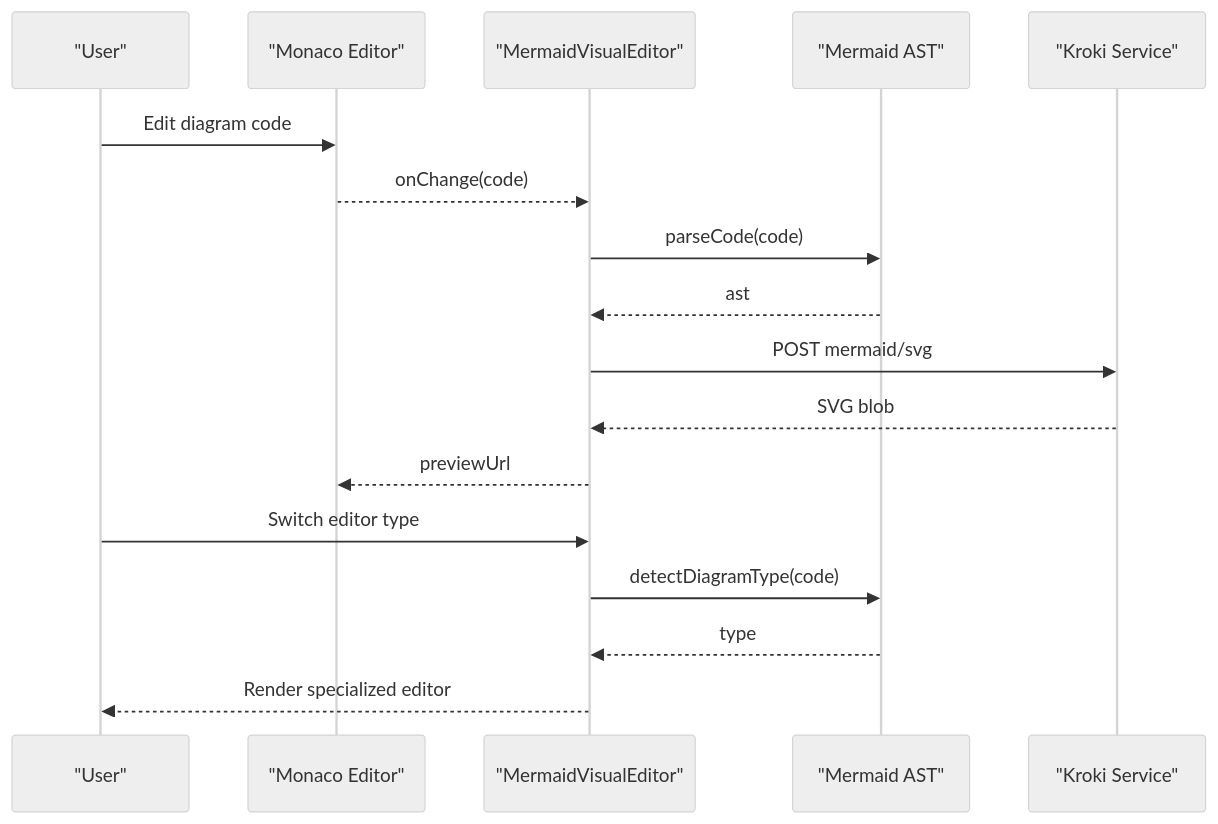
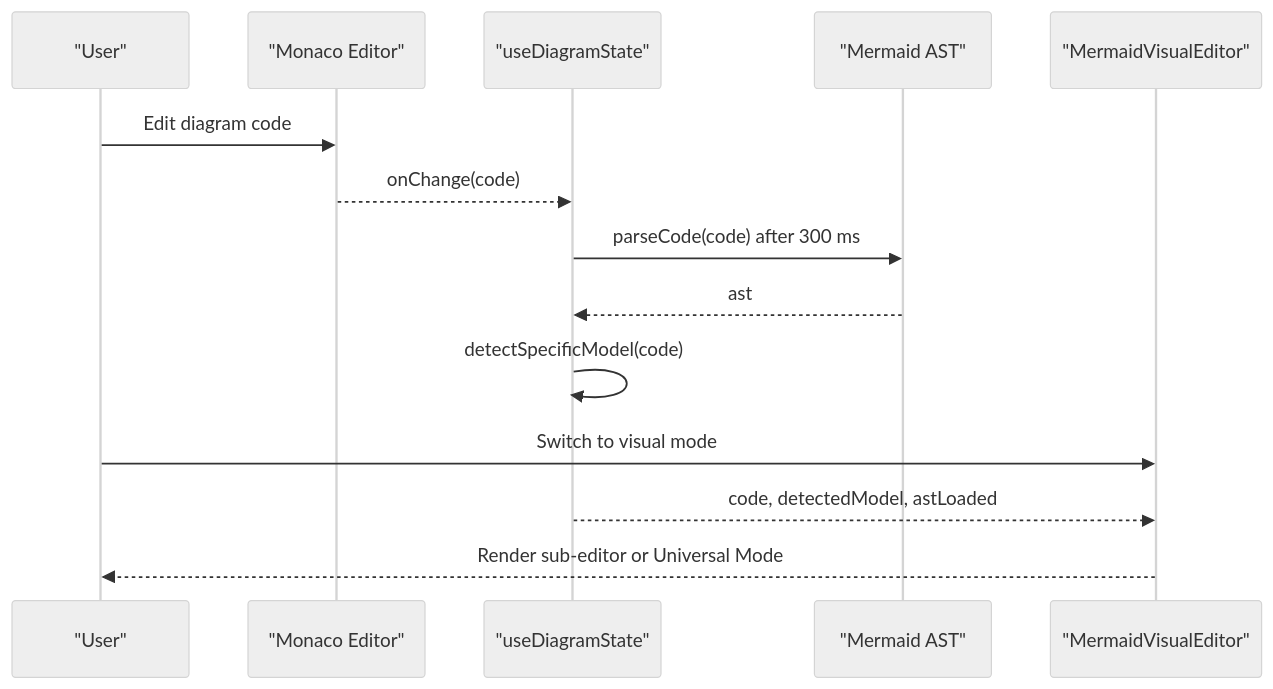
The second of 7 diagrams in .qoder/repowiki/en/content/Diagram Types and Formats/Diagram Types and Formats.md (ongchonghian/universal-diagram-editor), drawn with Mermaid (neutral theme) before and after one commit. The commit also changed other lines of this file and 31 other files, not shown here.

````diff
--- a/.qoder/repowiki/en/content/Diagram Types and Formats/Diagram Types and Formats.md
+++ b/.qoder/repowiki/en/content/Diagram Types and Formats/Diagram Types and Formats.md
@@ -112,19 +105,16 @@
 ```mermaid
 sequenceDiagram
 participant User as "User"
 participant Monaco as "Monaco Editor"
+participant State as "useDiagramState"
+participant AST as "Mermaid AST"
 participant Router as "MermaidVisualEditor"
-participant AST as "Mermaid AST"
-participant Kroki as "Kroki Service"
 User->>Monaco : Edit diagram code
-Monaco-->>Router : onChange(code)
-Router->>AST : parseCode(code)
-AST-->>Router : ast
-Router->>Kroki : POST mermaid/svg
-Kroki-->>Router : SVG blob
-Router-->>Monaco : previewUrl
-User->>Router : Switch editor type
-Router->>AST : detectDiagramType(code)
-AST-->>Router : type
-Router-->>User : Render specialized editor
+Monaco-->>State : onChange(code)
+State->>AST : parseCode(code) after 300 ms
+AST-->>State : ast
+State->>State : detectSpecificModel(code)
+User->>Router : Switch to visual mode
+State-->>Router : code, detectedModel, astLoaded
+Router-->>User : Render sub-editor or Universal Mode
 ```
````
